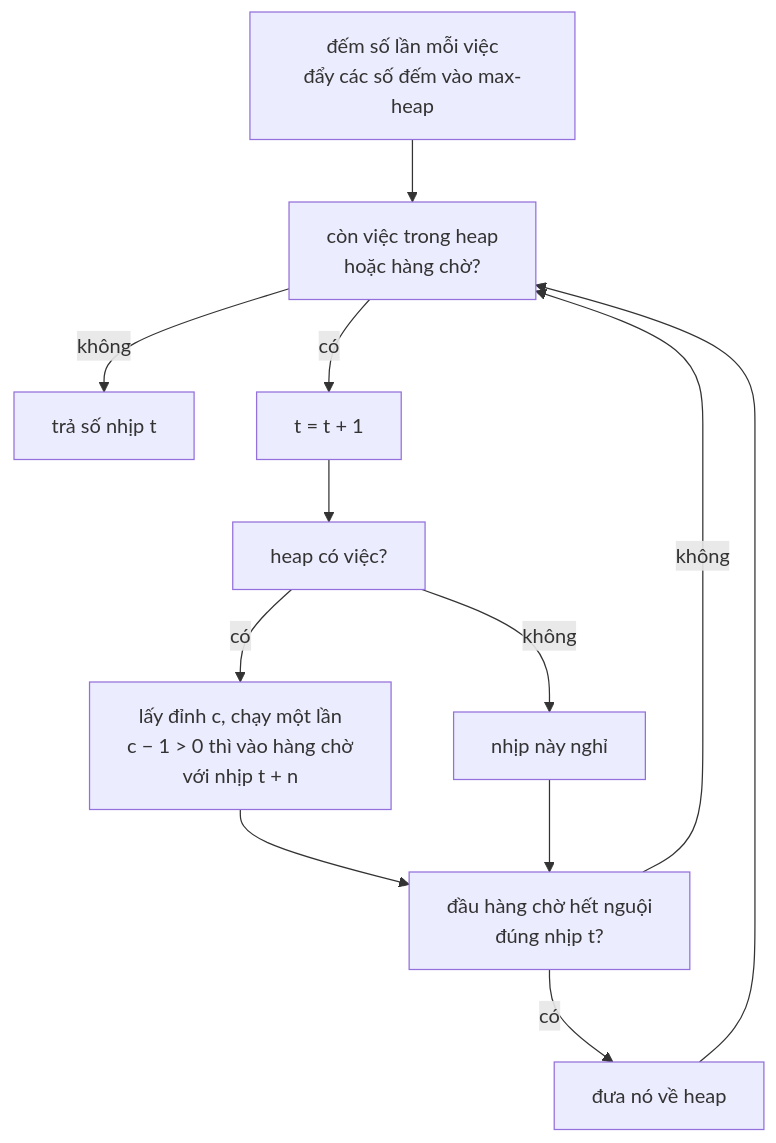
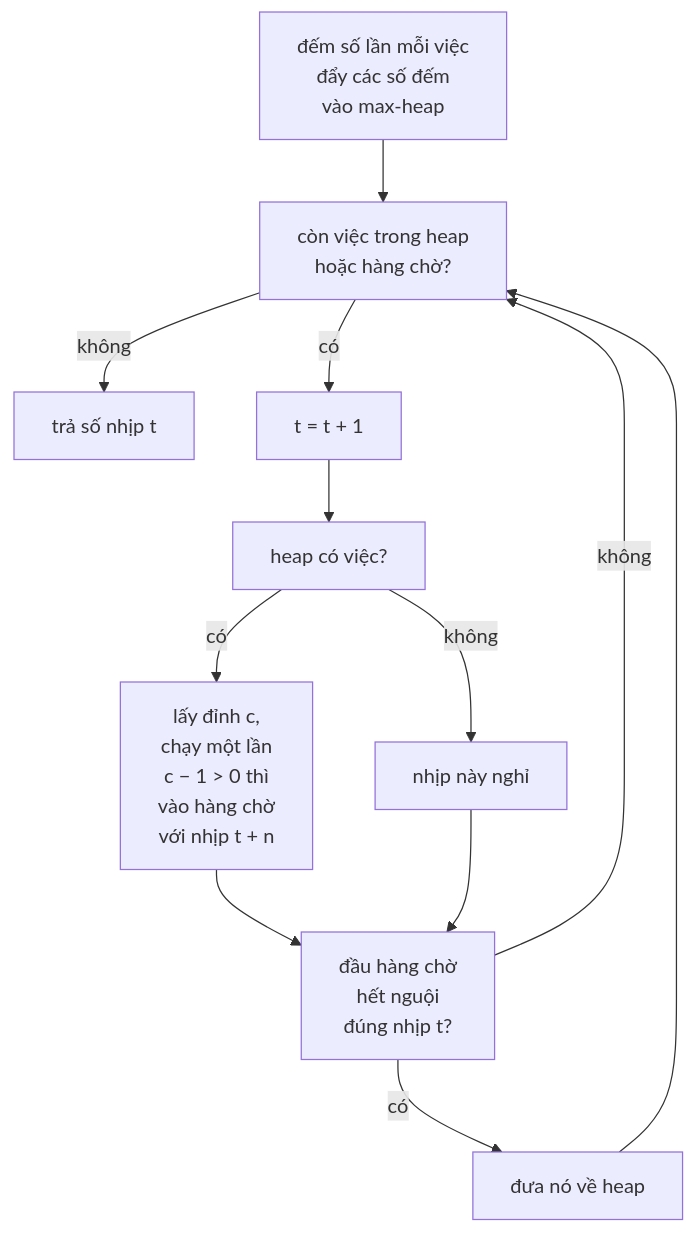
The diagram in content/problems/task-scheduler.md (duongbui234/software-engineering-atlas), drawn with Mermaid before and after one commit. The commit also changed 134 other files, not shown here.

First line of the commit message:
Fit every Mermaid diagram at 390px without sideways scroll (#56)

````diff
--- a/content/problems/task-scheduler.md
+++ b/content/problems/task-scheduler.md
@@ -52,14 +52,14 @@
 ```mermaid
 flowchart TB
-  A["đếm số lần mỗi việc<br/>đẩy các số đếm vào max-heap"] --> B["còn việc trong heap<br/>hoặc hàng chờ?"]
+  A["đếm số lần mỗi việc<br/>đẩy các số đếm<br/>vào max-heap"] --> B["còn việc trong heap<br/>hoặc hàng chờ?"]
   B -->|"không"| Z["trả số nhịp t"]
   B -->|"có"| C["t = t + 1"]
   C --> D["heap có việc?"]
-  D -->|"có"| E["lấy đỉnh c, chạy một lần<br/>c − 1 > 0 thì vào hàng chờ<br/>với nhịp t + n"]
+  D -->|"có"| E["lấy đỉnh c,<br/>chạy một lần<br/>c − 1 > 0 thì<br/>vào hàng chờ<br/>với nhịp t + n"]
   D -->|"không"| F["nhịp này nghỉ"]
-  E --> G["đầu hàng chờ hết nguội<br/>đúng nhịp t?"]
+  E --> G["đầu hàng chờ<br/>hết nguội<br/>đúng nhịp t?"]
   F --> G
   G -->|"có"| H["đưa nó về heap"]
   G -->|"không"| B
   H --> B
 ```
````
